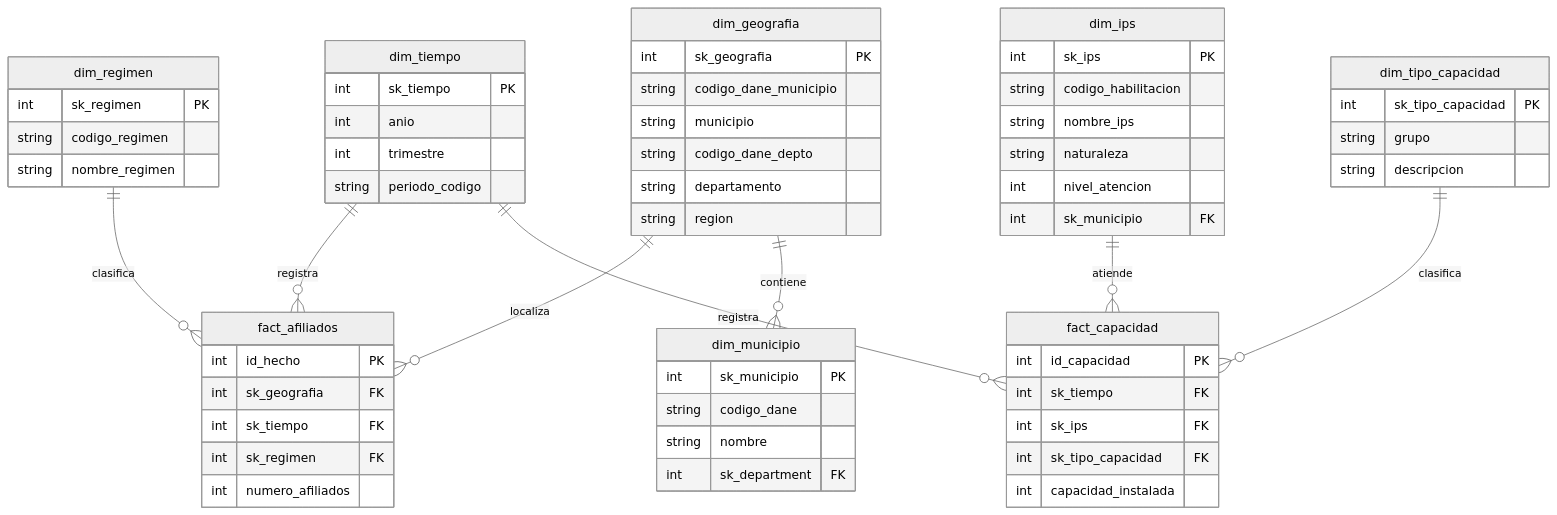
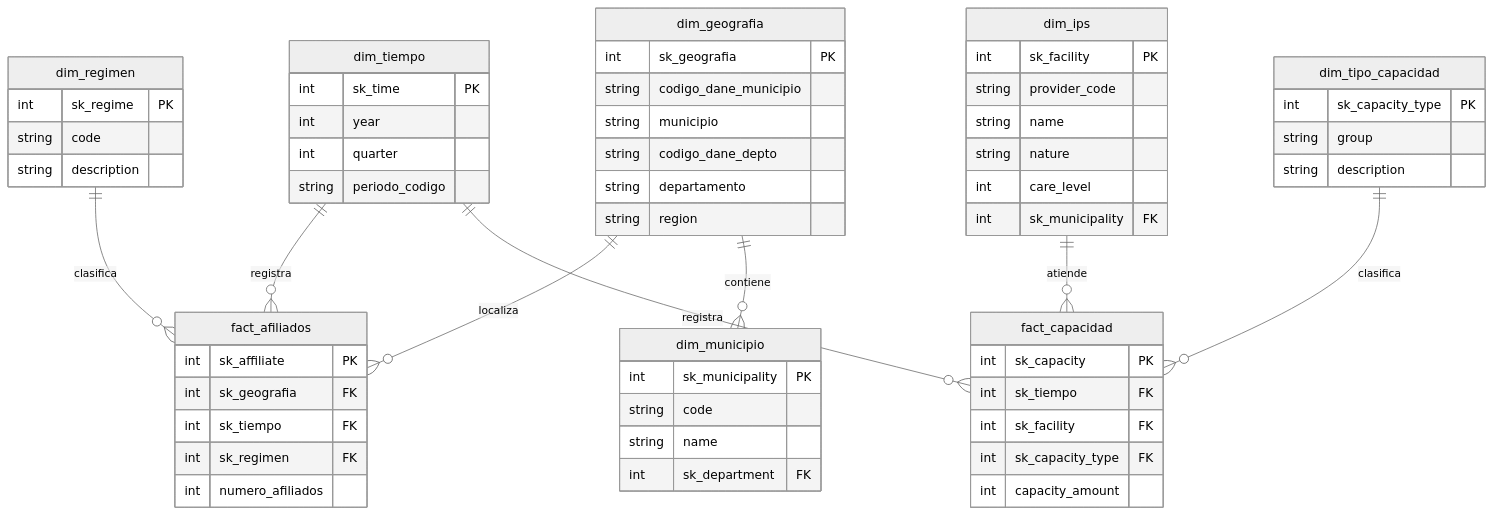
One commit to driosoft-pro/etl-2026-2-ods3-salud changed the diagram in README.md. Above: the diagram before and after it, drawn with Mermaid (neutral theme). The commit also changed other lines of this file and 2 other files, not shown here.

````diff
--- a/README.md
+++ b/README.md
@@ -127,70 +122,70 @@
 ``` mermaid
 erDiagram
     dim_tiempo ||--o{ fact_afiliados : registra
     dim_regimen ||--o{ fact_afiliados : clasifica
     dim_geografia ||--o{ fact_afiliados : localiza
     dim_geografia ||--o{ dim_municipio : contiene
     dim_tiempo ||--o{ fact_capacidad : registra
     dim_ips ||--o{ fact_capacidad : atiende
     dim_tipo_capacidad ||--o{ fact_capacidad : clasifica
 
     fact_afiliados {
-        int id_hecho PK
+        int sk_affiliate PK
         int sk_geografia FK
         int sk_tiempo FK
         int sk_regimen FK
         int numero_afiliados
     }
 
     fact_capacidad {
-        int id_capacidad PK
+        int sk_capacity PK
         int sk_tiempo FK
-        int sk_ips FK
-        int sk_tipo_capacidad FK
-        int capacidad_instalada
+        int sk_facility FK
+        int sk_capacity_type FK
+        int capacity_amount
     }
 
     dim_tiempo {
-        int sk_tiempo PK
-        int anio
-        int trimestre
+        int sk_time PK
+        int year
+        int quarter
         string periodo_codigo
     }
 
     dim_geografia {
         int sk_geografia PK
         string codigo_dane_municipio
         string municipio
         string codigo_dane_depto
         string departamento
         string region
     }
 
     dim_municipio {
-        int sk_municipio PK
-        string codigo_dane
-        string nombre
+        int sk_municipality PK
+        string code
+        string name
         int sk_department FK
     }
 
     dim_regimen {
-        int sk_regimen PK
-        string codigo_regimen
-        string nombre_regimen
+        int sk_regime PK
+        string code
+        string description
     }
 
     dim_ips {
-        int sk_ips PK
-        string codigo_habilitacion
-        string nombre_ips
-        string naturaleza
-        int nivel_atencion
-        int sk_municipio FK
+        int sk_facility PK
+        string provider_code
+        string name
+        string nature
+        int care_level
+        int sk_municipality FK
     }
 
     dim_tipo_capacidad {
-        int sk_tipo_capacidad PK
-        string grupo
-        string descripcion
+        int sk_capacity_type PK
+        string group
+        string description
     }
 ```
````
